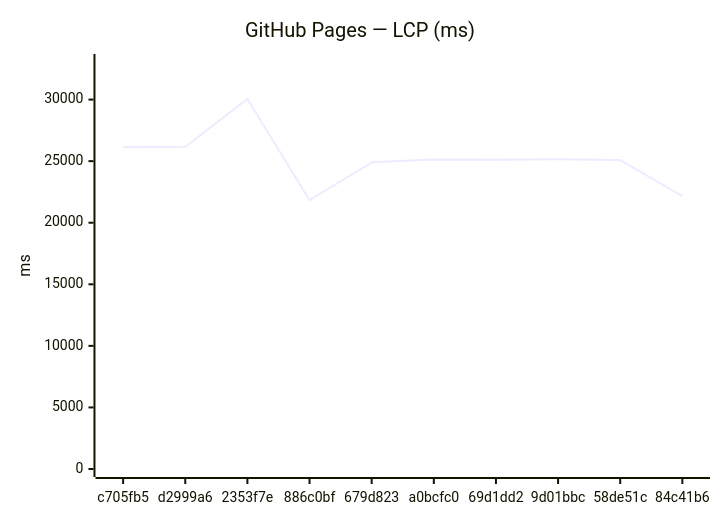
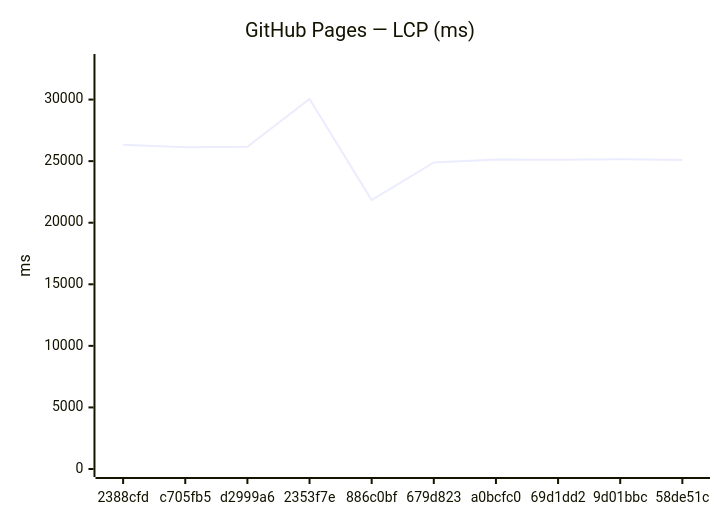
Before and after one commit to Metaheurist/Rianell: the third of 12 diagrams in benchmarks/compare.md, drawn with Mermaid. The commit also changed other lines of this file and 8 other files, not shown here.

````diff
--- a/benchmarks/compare.md
+++ b/benchmarks/compare.md
@@ -54,7 +54,7 @@
 ```mermaid
 xychart-beta
     title "GitHub Pages — LCP (ms)"
-    x-axis ["c705fb5", "d2999a6", "2353f7e", "886c0bf", "679d823", "a0bcfc0", "69d1dd2", "9d01bbc", "58de51c", "84c41b6"]
+    x-axis ["2388cfd", "c705fb5", "d2999a6", "2353f7e", "886c0bf", "679d823", "a0bcfc0", "69d1dd2", "9d01bbc", "58de51c"]
     y-axis "ms" 0 --> 33052
-    line [26120, 26164, 30047, 21835, 24900, 25139, 25124, 25162, 25092, 22152]
+    line [26326, 26120, 26164, 30047, 21835, 24900, 25139, 25124, 25162, 25092]
 ```
````
